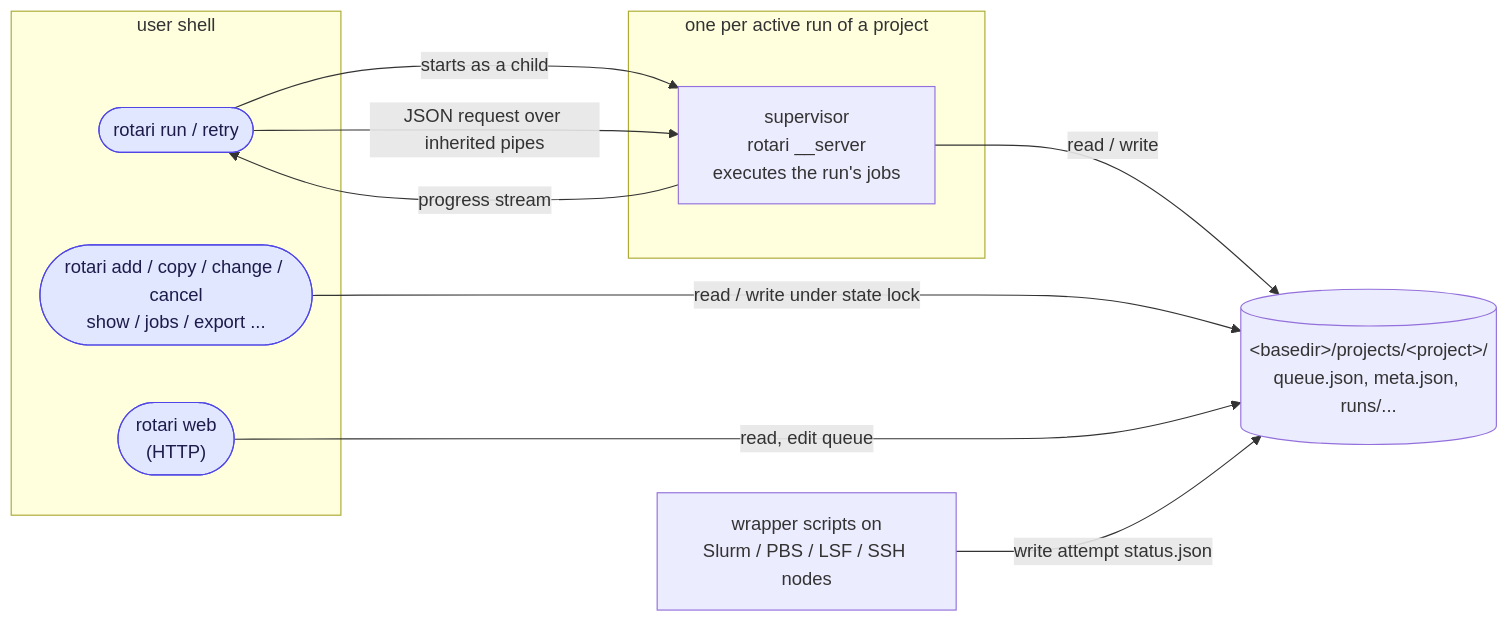
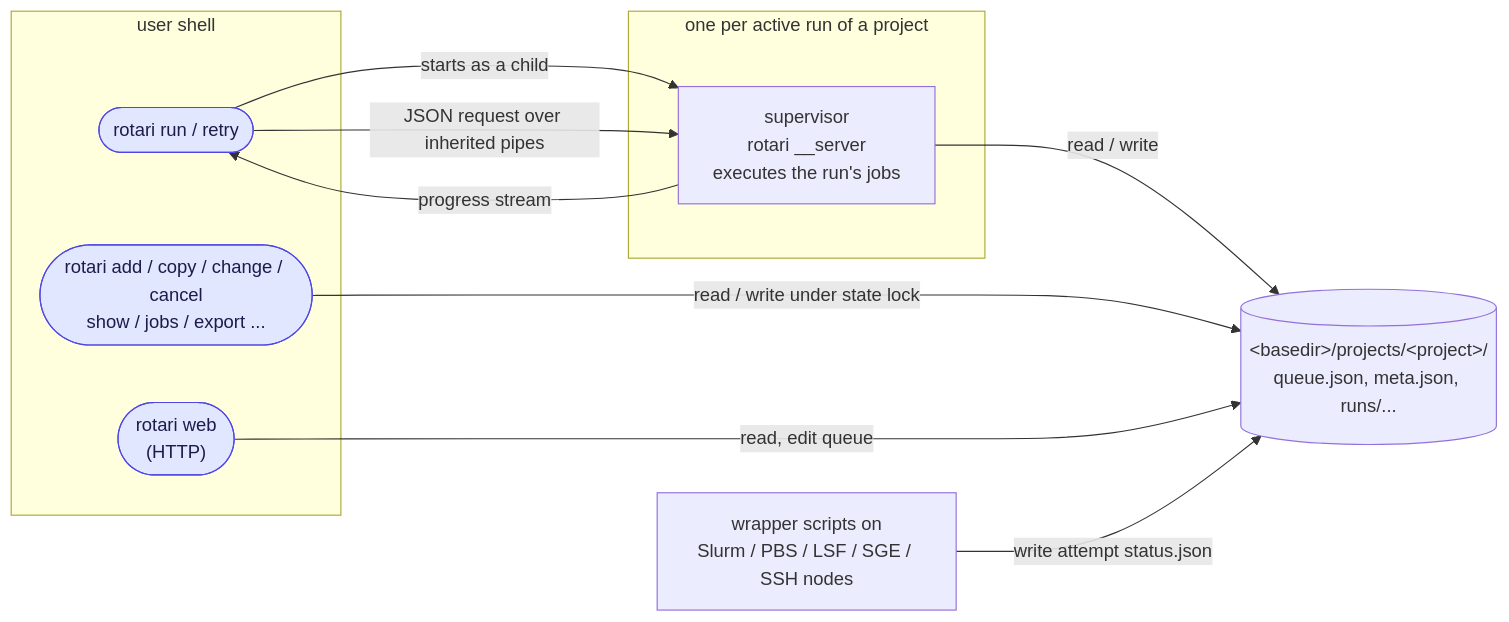
The first of 2 diagrams in docs/ARCHITECTURE.md (kamo-naoyuki/rotari), drawn with Mermaid before and after one commit. The commit also changed other lines of this file and 30 other files, not shown here.

````diff
--- a/docs/ARCHITECTURE.md
+++ b/docs/ARCHITECTURE.md
@@ -18,24 +18,24 @@
 ```mermaid
 flowchart LR
   subgraph clients["user shell"]
     runcli(["rotari run / retry"])
     direct(["rotari add / copy / change / cancel<br/>show / jobs / export ..."])
     webcli(["rotari web<br/>(HTTP)"])
   end
   subgraph sup["one per active run of a project"]
     supervisor["supervisor<br/>rotari __server<br/>executes the run's jobs"]
   end
   files[("&lt;basedir&gt;/projects/&lt;project&gt;/<br/>queue.json, meta.json, runs/...")]
-  nodes["wrapper scripts on<br/>Slurm / PBS / LSF / SSH nodes"]
+   nodes["wrapper scripts on<br/>Slurm / PBS / LSF / SGE / SSH nodes"]
 
   runcli -->|"starts as a child"| supervisor
   runcli -->|"JSON request over inherited pipes"| supervisor
   supervisor -->|progress stream| runcli
   supervisor -->|read / write| files
   direct -->|"read / write under state lock"| files
   webcli -->|"read, edit queue"| files
   nodes -->|write attempt status.json| files
 
    classDef command fill:#e0e7ff,stroke:#4f46e5,color:#1e1b4b
   class runcli,direct,webcli command
 ```
````
